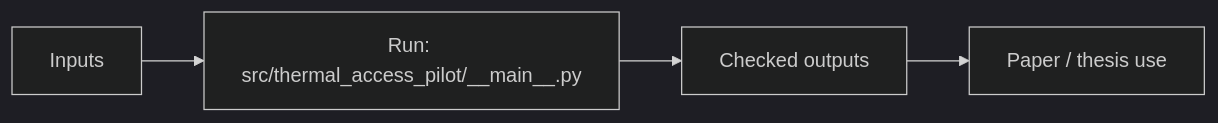
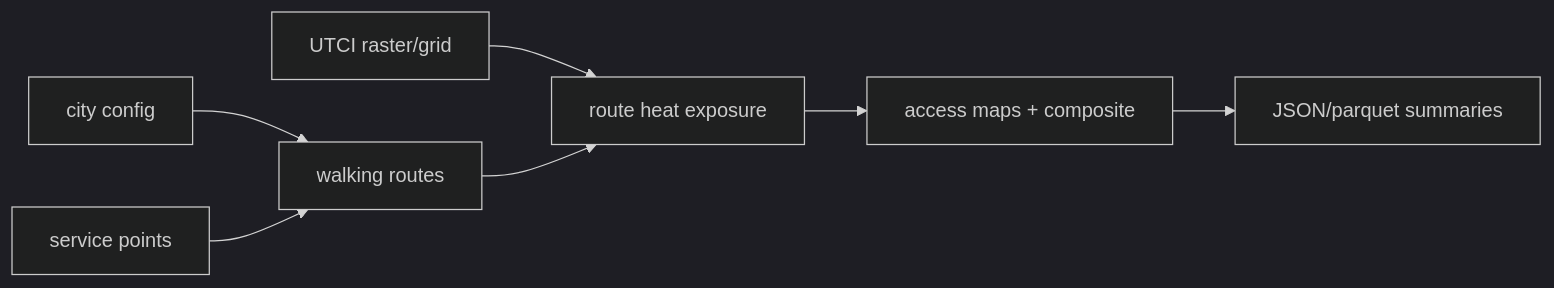
One commit to GeorgeKontsevik/thermal_access_pilot changed the diagram in README.md. Above: the diagram before and after it, drawn with Mermaid (dark theme). The commit also changed other lines of this file, not shown here.

Commit message:
Improve README diagrams and project descriptions

````diff
--- a/README.md
+++ b/README.md
@@ -7,6 +7,9 @@
 ```mermaid
 flowchart LR
-    A[Inputs] --> B[Run: src/thermal_access_pilot/__main__.py]
-    B --> C[Checked outputs]
-    C --> D[Paper / thesis use]
+    CITY[city config] --> ROUTES[walking routes]
+    SERVICES[service points] --> ROUTES
+    HEAT[UTCI raster/grid] --> EXPOSURE[route heat exposure]
+    ROUTES --> EXPOSURE
+    EXPOSURE --> MAPS[access maps + composite]
+    MAPS --> SUMMARY[JSON/parquet summaries]
 ```
````
